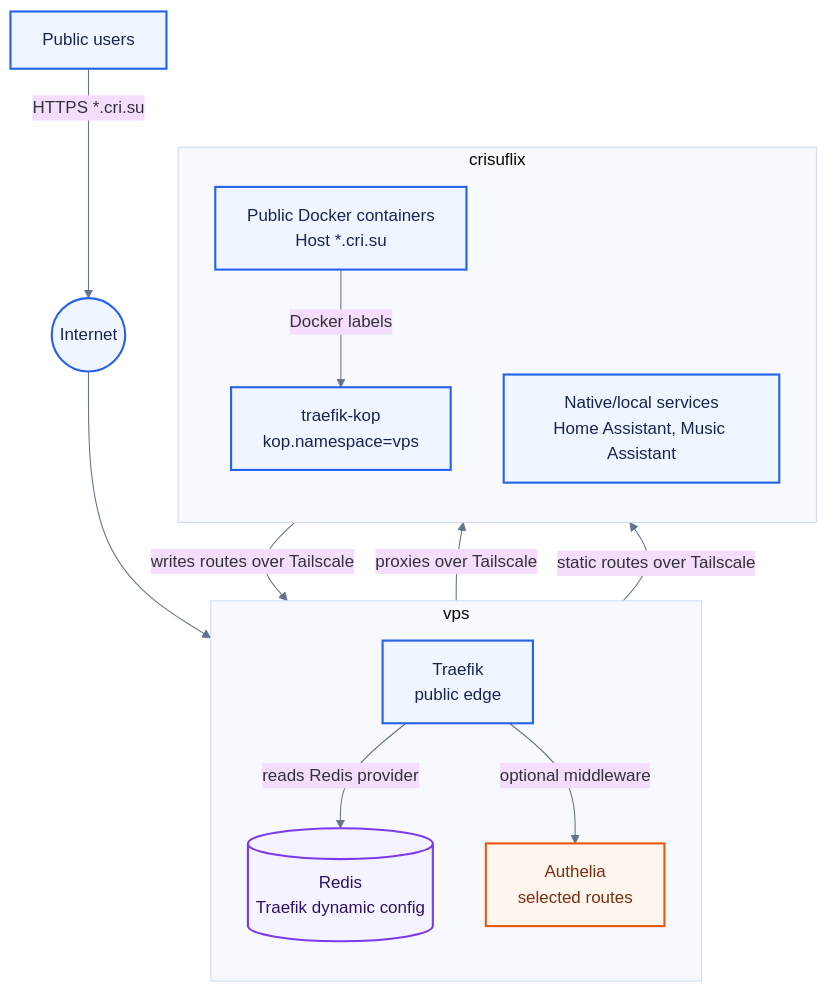
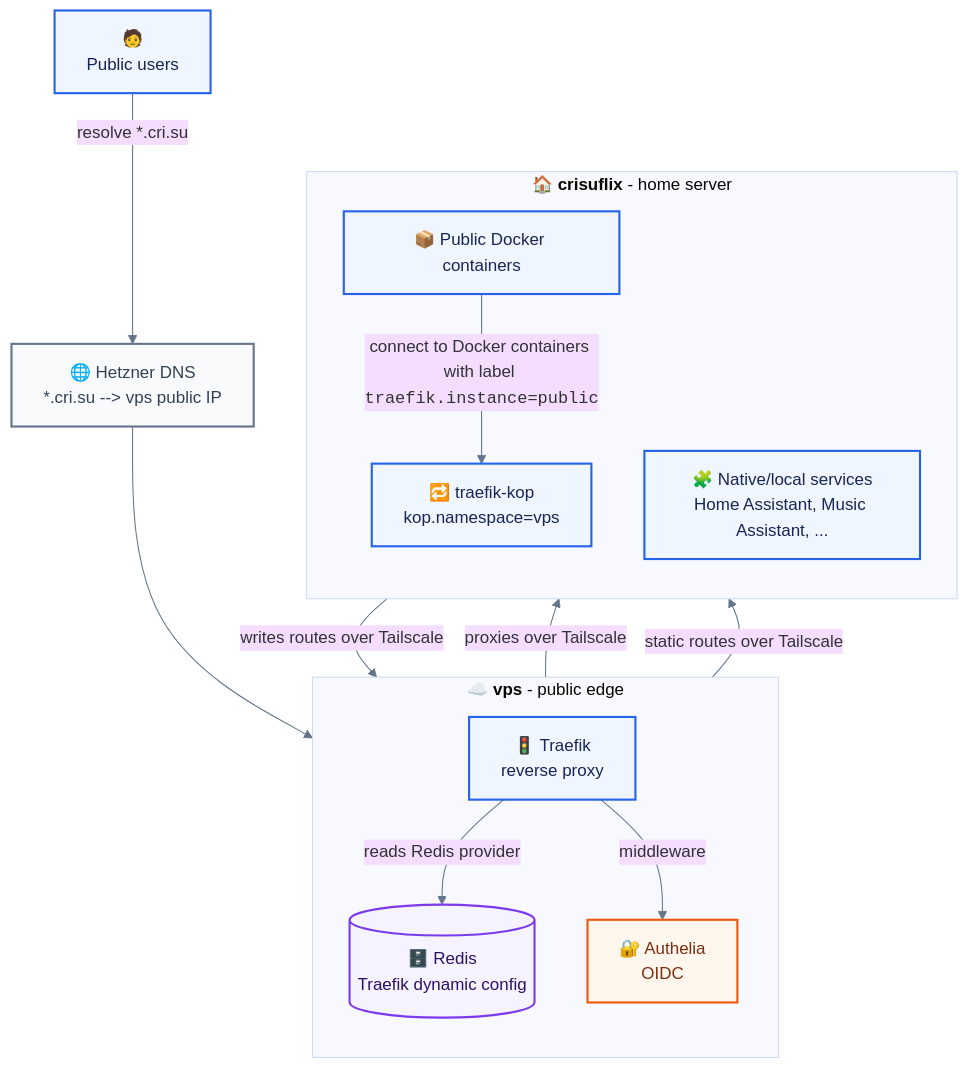
Before and after one commit to llego/nixconfig: the first of 2 diagrams in README.md, drawn with Mermaid. The commit also changed other lines of this file and 1 other file, not shown here.

Commit message:
Add icons to routing diagrams
Add descriptive emoji labels to the README Mermaid routing diagrams so the public, tailnet, proxy, auth, DNS, Redis, and container roles are easier to scan visually.

Update HANDOFF with the current documentation state.

````diff
--- a/README.md
+++ b/README.md
@@ -18,33 +18,38 @@
 ```mermaid
 %%{init: {"theme": "base", "themeVariables": {"fontFamily": "ui-sans-serif, system-ui, sans-serif", "primaryBorderColor": "#64748b", "lineColor": "#64748b"}}}%%
 flowchart TB
   classDef public fill:#eff6ff,stroke:#2563eb,color:#172554,stroke-width:2px
+  classDef dns fill:#f8fafc,stroke:#64748b,color:#334155,stroke-width:2px
   classDef auth fill:#fff7ed,stroke:#ea580c,color:#7c2d12,stroke-width:2px
   classDef data fill:#f5f3ff,stroke:#7c3aed,color:#2e1065,stroke-width:2px
 
-  subgraph PublicVPS[vps]
+  subgraph PublicVPS["☁️ <strong>vps</strong> - public edge"]
     direction TB
-    EdgeTraefik[Traefik<br/>public edge]
-    Authelia[Authelia<br/>selected routes]
-    Redis[(Redis<br/>Traefik dynamic config)]
+    EdgeTraefik["🚦 Traefik <br/> reverse proxy"]
+    Authelia["🔐 Authelia<br/>OIDC"]
+    Redis[("🗄️ Redis<br/>Traefik dynamic config")]
   end
 
-  subgraph PublicCrisuflix[crisuflix]
+  subgraph PublicCrisuflix["🏠 <strong>crisuflix</strong> - home server"]
     direction TB
-    Kop[traefik-kop<br/>kop.namespace=vps]
-    PublicContainers[Public Docker containers<br/>Host *.cri.su]
-    PublicLocalServices[Native/local services<br/>Home Assistant, Music Assistant]
+    Kop["🔁 traefik-kop<br/>kop.namespace=vps"]
+    PublicContainers["📦 Public Docker containers"]
+    PublicLocalServices["🧩 Native/local services<br/>Home Assistant, Music Assistant, ..."]
   end
 
-  PublicUsers[Public users] -->|HTTPS *.cri.su| Internet((Internet)) --> EdgeTraefik
-  PublicContainers -->|Docker labels| Kop
+
+  PublicUsers["🧑<br/>Public users"] -->|resolve *.cri.su| HetznerDNS["🌐 Hetzner DNS<br/>*.cri.su --> vps public IP"] --> EdgeTraefik
+  PublicContainers -->|connect to Docker containers with label <code>traefik.instance=public</code>| Kop
   Kop -->|writes routes over Tailscale| Redis
   EdgeTraefik -->|reads Redis provider| Redis
-  EdgeTraefik -->|optional middleware| Authelia
+  EdgeTraefik -->|middleware| Authelia
   EdgeTraefik -->|proxies over Tailscale| PublicContainers
   EdgeTraefik -->|static routes over Tailscale| PublicLocalServices
 
+  click Kop "https://github.com/jittering/traefik-kop" "Follow link"
+
   class PublicUsers,Internet,EdgeTraefik,PublicContainers,PublicLocalServices,Kop public
+  class HetznerDNS dns
   class Authelia auth
   class Redis data
 ```
````
